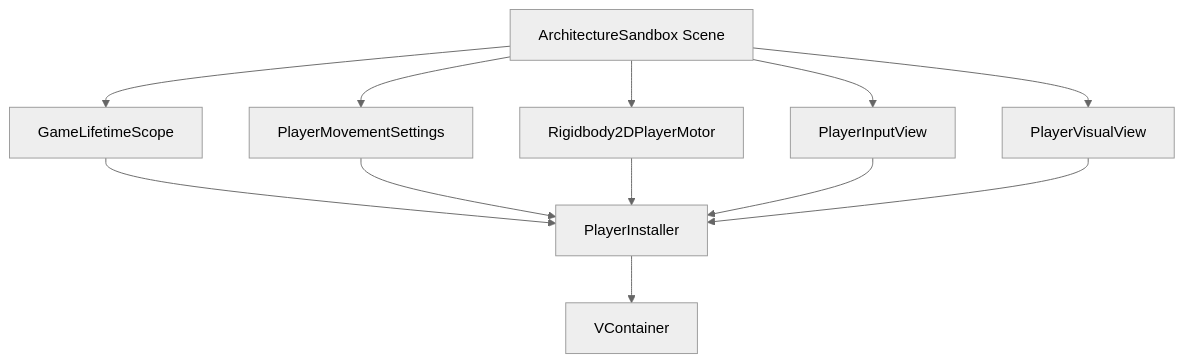
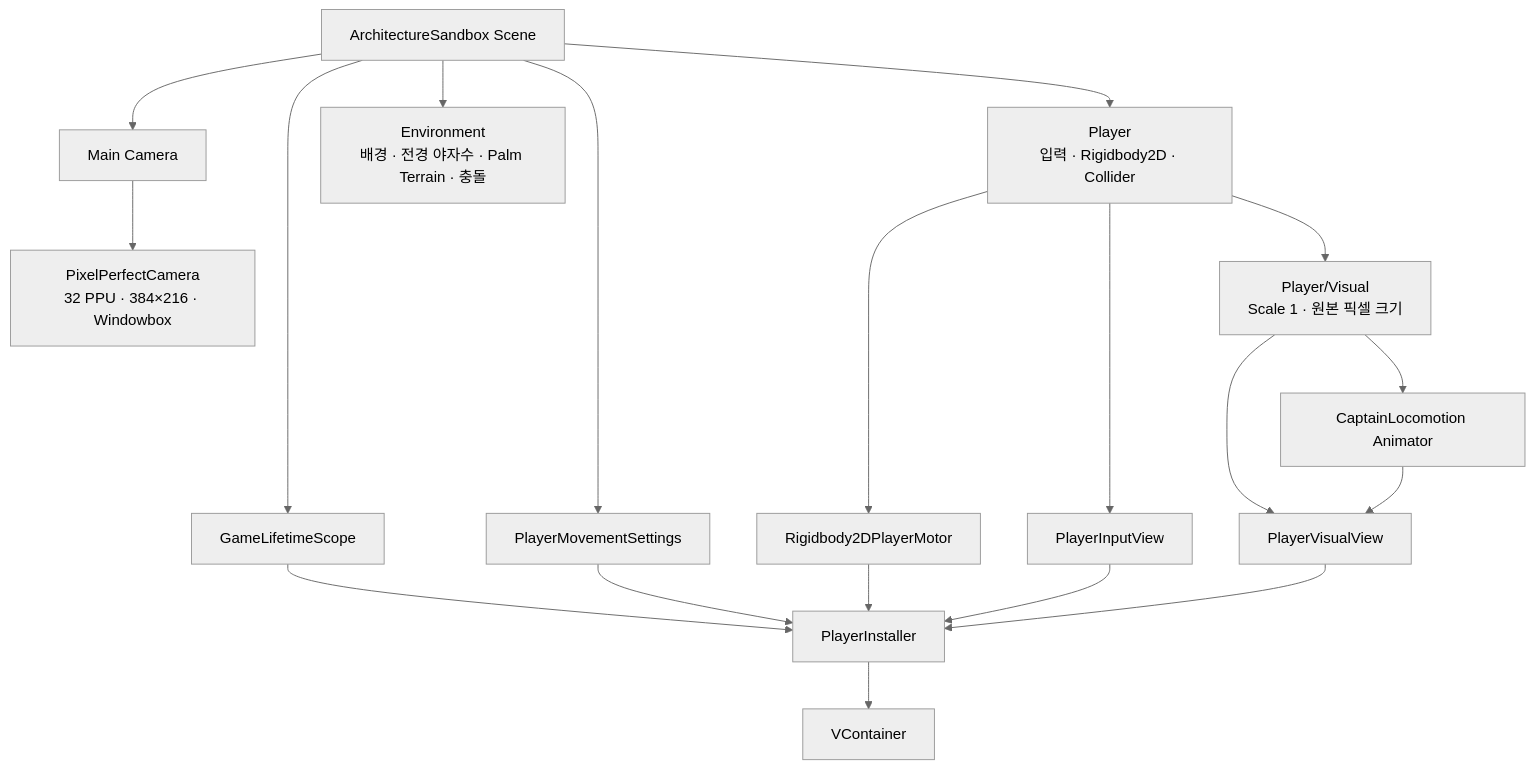
Before and after one commit to murang-kr/CleanArchitecture: the fourth of 4 diagrams in Docs/Architecture.md, drawn with Mermaid (neutral theme). The commit also changed other lines of this file and 5 other files, not shown here.

````diff
--- a/Docs/Architecture.md
+++ b/Docs/Architecture.md
@@ -260,23 +266,36 @@
 ```mermaid
 flowchart TD
     Scene["ArchitectureSandbox Scene"]
+    Camera["Main Camera"]
+    PixelPerfect["PixelPerfectCamera<br/>32 PPU · 384×216 · Windowbox"]
     Scope["GameLifetimeScope"]
     FeatureInstaller["PlayerInstaller"]
     Container["VContainer"]
     Settings["PlayerMovementSettings"]
+    PlayerRoot["Player<br/>입력 · Rigidbody2D · Collider"]
+    PlayerVisual["Player/Visual<br/>Scale 1 · 원본 픽셀 크기"]
     Motor["Rigidbody2DPlayerMotor"]
     InputView["PlayerInputView"]
     VisualView["PlayerVisualView"]
+    Environment["Environment<br/>배경 · 전경 야자수 · Palm Terrain · 충돌"]
+    Animator["CaptainLocomotion Animator"]
 
+    Scene --> Camera
+    Camera --> PixelPerfect
     Scene --> Scope
     Scene --> Settings
-    Scene --> Motor
-    Scene --> InputView
-    Scene --> VisualView
+    Scene --> PlayerRoot
+    PlayerRoot --> Motor
+    PlayerRoot --> InputView
+    PlayerRoot --> PlayerVisual
+    PlayerVisual --> VisualView
+    PlayerVisual --> Animator
+    Scene --> Environment
     Scope --> FeatureInstaller
     FeatureInstaller --> Container
     Settings --> FeatureInstaller
     Motor --> FeatureInstaller
     InputView --> FeatureInstaller
     VisualView --> FeatureInstaller
+    Animator --> VisualView
 ```
````
